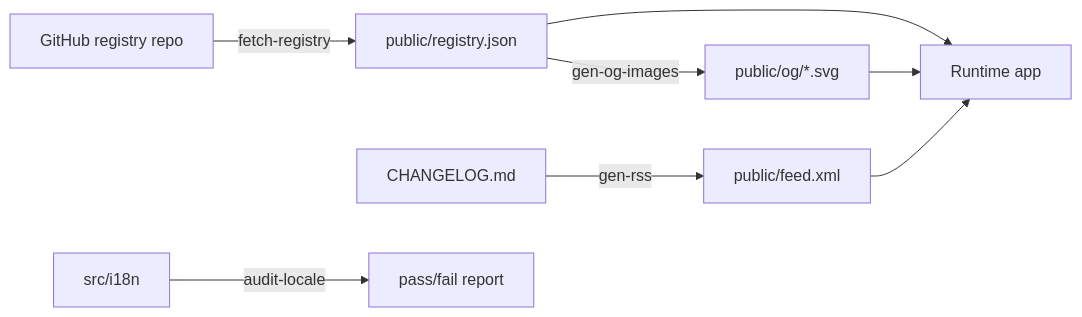
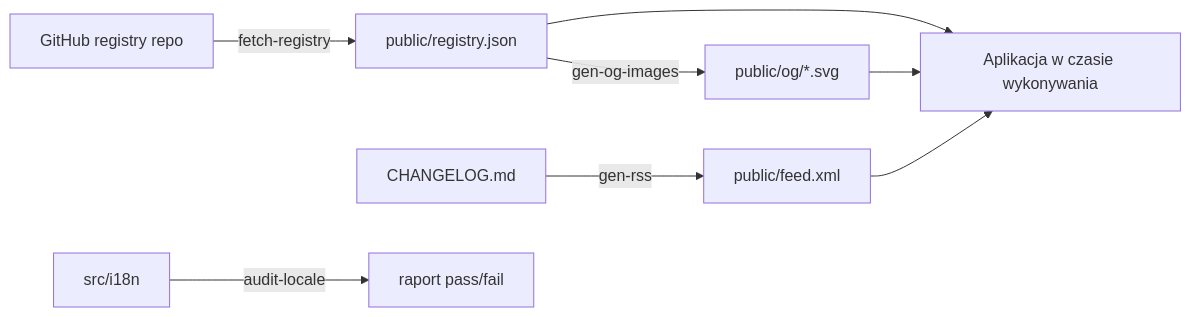
One commit to leszek3737/librefang-WIki changed the diagram in web-scripts.md. Above: the diagram before and after it, drawn with Mermaid. The commit also changed other lines of this file and 104 other files, not shown here.

````diff
--- a/web-scripts.md
+++ b/web-scripts.md
@@ -17,10 +17,10 @@
 ```mermaid
 flowchart LR
     GH[GitHub registry repo] -->|fetch-registry| REG[public/registry.json]
     REG -->|gen-og-images| OG[public/og/*.svg]
     CL[CHANGELOG.md] -->|gen-rss| FEED[public/feed.xml]
-    SRC[src/i18n] -->|audit-locale| STDERR[pass/fail report]
-    REG --> APP[Runtime app]
+    SRC[src/i18n] -->|audit-locale| STDERR[raport pass/fail]
+    REG --> APP[Aplikacja w czasie wykonywania]
     OG --> APP
     FEED --> APP
 ```
````
